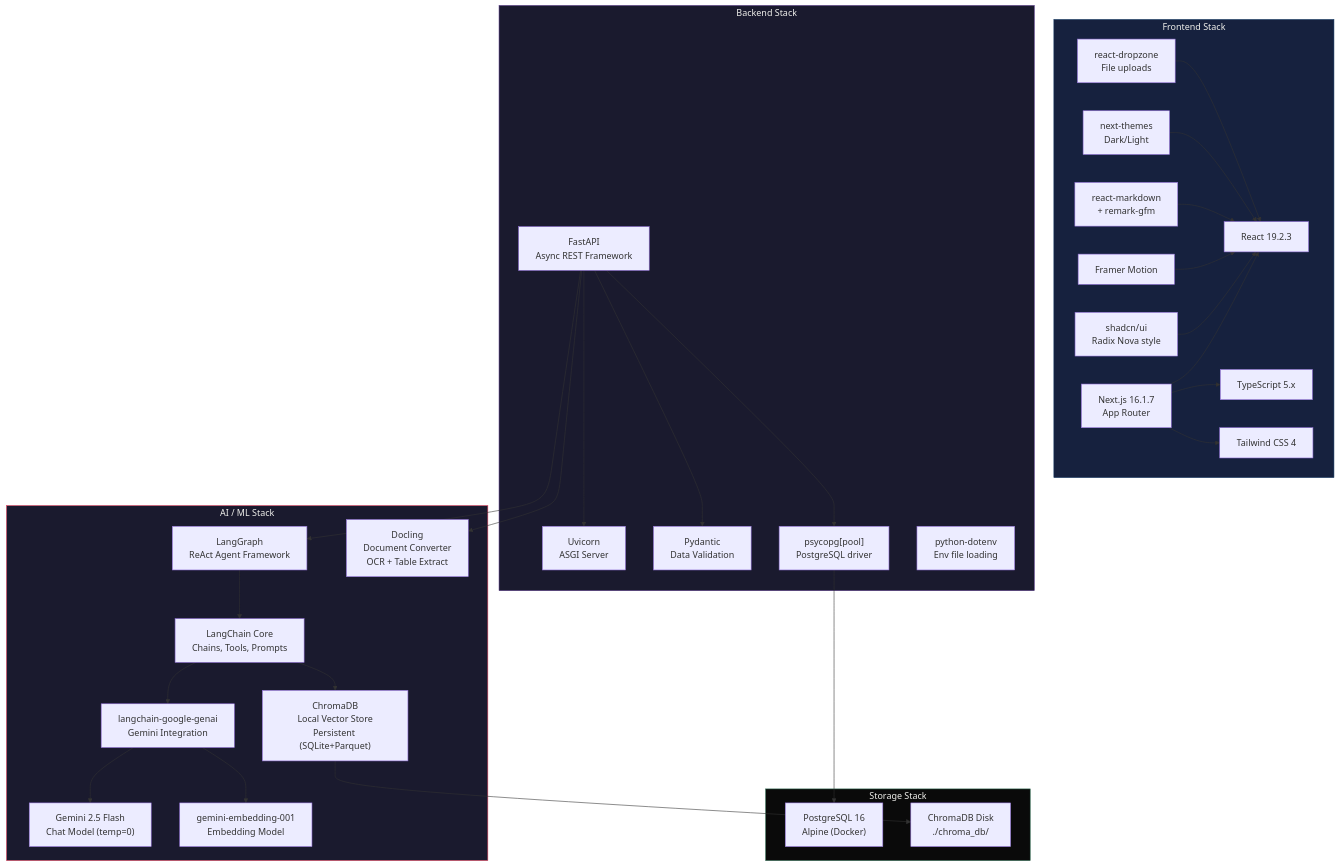
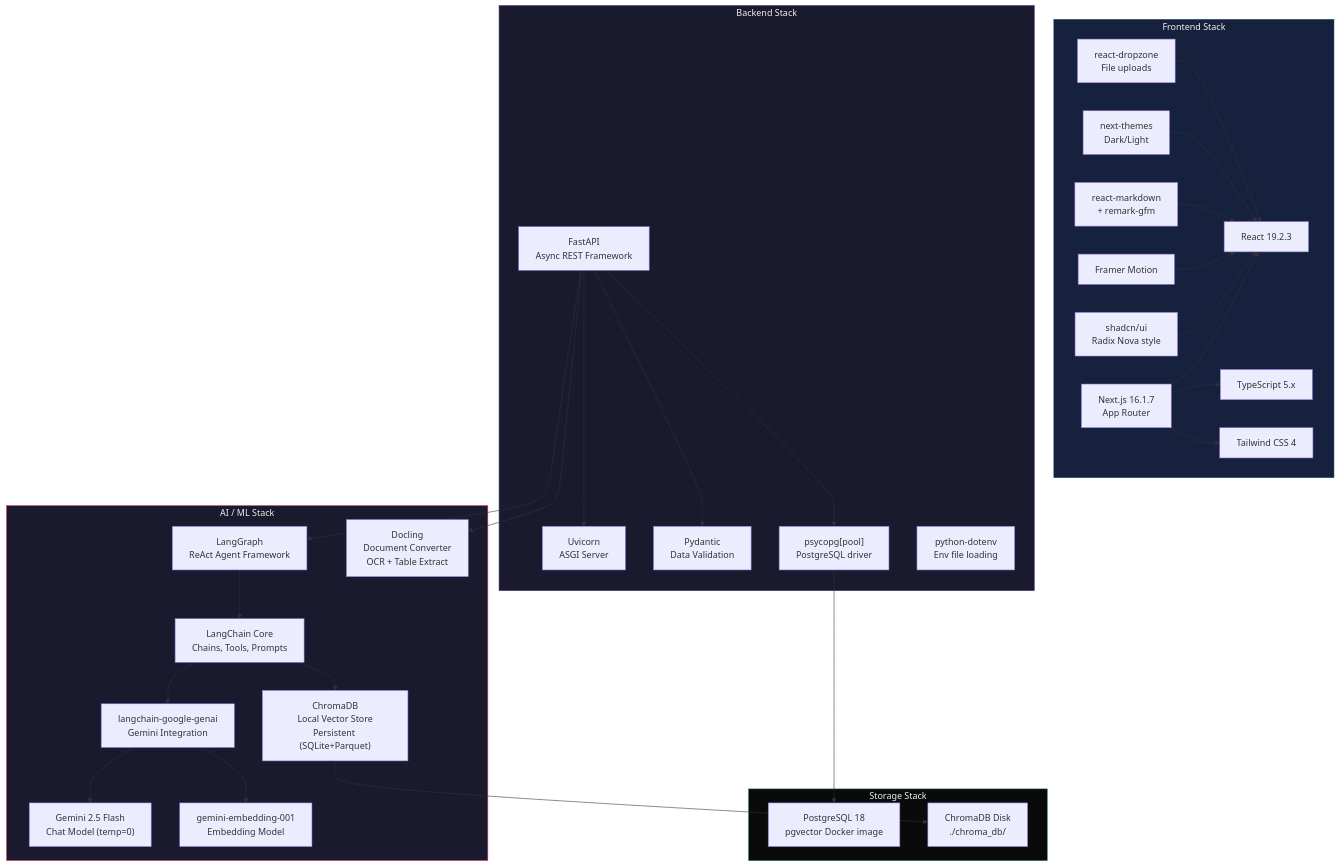
The diagram in diagrams/22-tech-stack.md (Timmy00125/ArchiveAI), drawn with Mermaid before and after one commit. The commit also changed 6 other files, not shown here.

````diff
--- a/diagrams/22-tech-stack.md
+++ b/diagrams/22-tech-stack.md
@@ -5,66 +5,66 @@
 ```mermaid
 graph TB
     subgraph FrontendStack["Frontend Stack"]
         NextJS["Next.js 16.1.7<br/>App Router"]
         React19["React 19.2.3"]
         TypeScript["TypeScript 5.x"]
         Tailwind4["Tailwind CSS 4"]
         ShadcnUI["shadcn/ui<br/>Radix Nova style"]
         FramerMotion["Framer Motion"]
         ReactMarkdown["react-markdown<br/>+ remark-gfm"]
         NextThemes["next-themes<br/>Dark/Light"]
         ReactDropzone["react-dropzone<br/>File uploads"]
     end
 
     subgraph BackendStack["Backend Stack"]
         FastAPI["FastAPI<br/>Async REST Framework"]
         Uvicorn["Uvicorn<br/>ASGI Server"]
         Pydantic["Pydantic<br/>Data Validation"]
         Psycopg["psycopg[pool]<br/>PostgreSQL driver"]
         PythonDotenv["python-dotenv<br/>Env file loading"]
     end
 
     subgraph AIStack["AI / ML Stack"]
         LangGraph["LangGraph<br/>ReAct Agent Framework"]
         LangChain["LangChain Core<br/>Chains, Tools, Prompts"]
         GoogleGenAI["langchain-google-genai<br/>Gemini Integration"]
         GeminiFlash["Gemini 2.5 Flash<br/>Chat Model (temp=0)"]
         GeminiEmbed["gemini-embedding-001<br/>Embedding Model"]
         Chroma["ChromaDB<br/>Local Vector Store<br/>Persistent (SQLite+Parquet)"]
         Docling["Docling<br/>Document Converter<br/>OCR + Table Extract"]
     end
 
     subgraph StorageStack["Storage Stack"]
-        PostgreSQL["PostgreSQL 16<br/>Alpine (Docker)"]
+        PostgreSQL["PostgreSQL 18<br/>pgvector Docker image"]
         ChromaDisk["ChromaDB Disk<br/>./chroma_db/"]
     end
 
     NextJS --> React19
     NextJS --> TypeScript
     NextJS --> Tailwind4
     ShadcnUI --> React19
     FramerMotion --> React19
     ReactMarkdown --> React19
     NextThemes --> React19
     ReactDropzone --> React19
 
     FastAPI --> Pydantic
     FastAPI --> Uvicorn
     FastAPI --> Psycopg
 
     LangGraph --> LangChain
     LangChain --> GoogleGenAI
     GoogleGenAI --> GeminiFlash
     GoogleGenAI --> GeminiEmbed
     LangChain --> Chroma
 
     FastAPI --> LangGraph
     FastAPI --> Docling
     Psycopg --> PostgreSQL
     Chroma --> ChromaDisk
 
     style FrontendStack fill:#16213e,stroke:#0f3460,color:#f0f0ec
     style BackendStack fill:#1a1a2e,stroke:#533483,color:#f0f0ec
     style AIStack fill:#1a1a2e,stroke:#e94560,color:#f0f0ec
     style StorageStack fill:#0a0a0a,stroke:#2d6a4f,color:#f0f0ec
 ```
````
